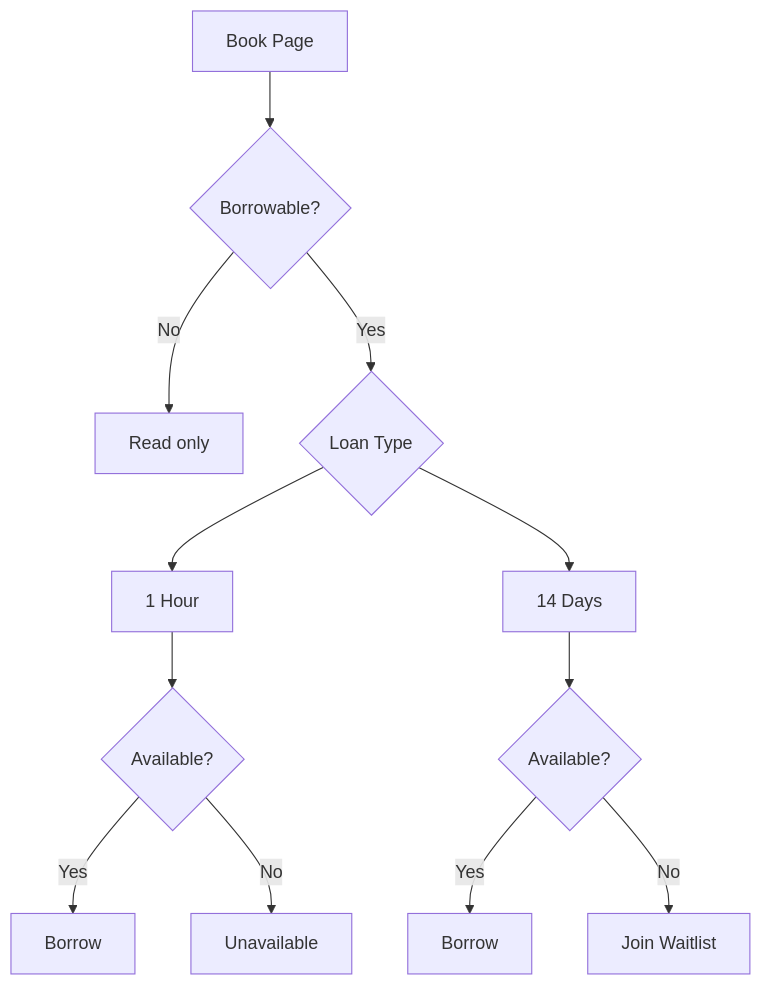
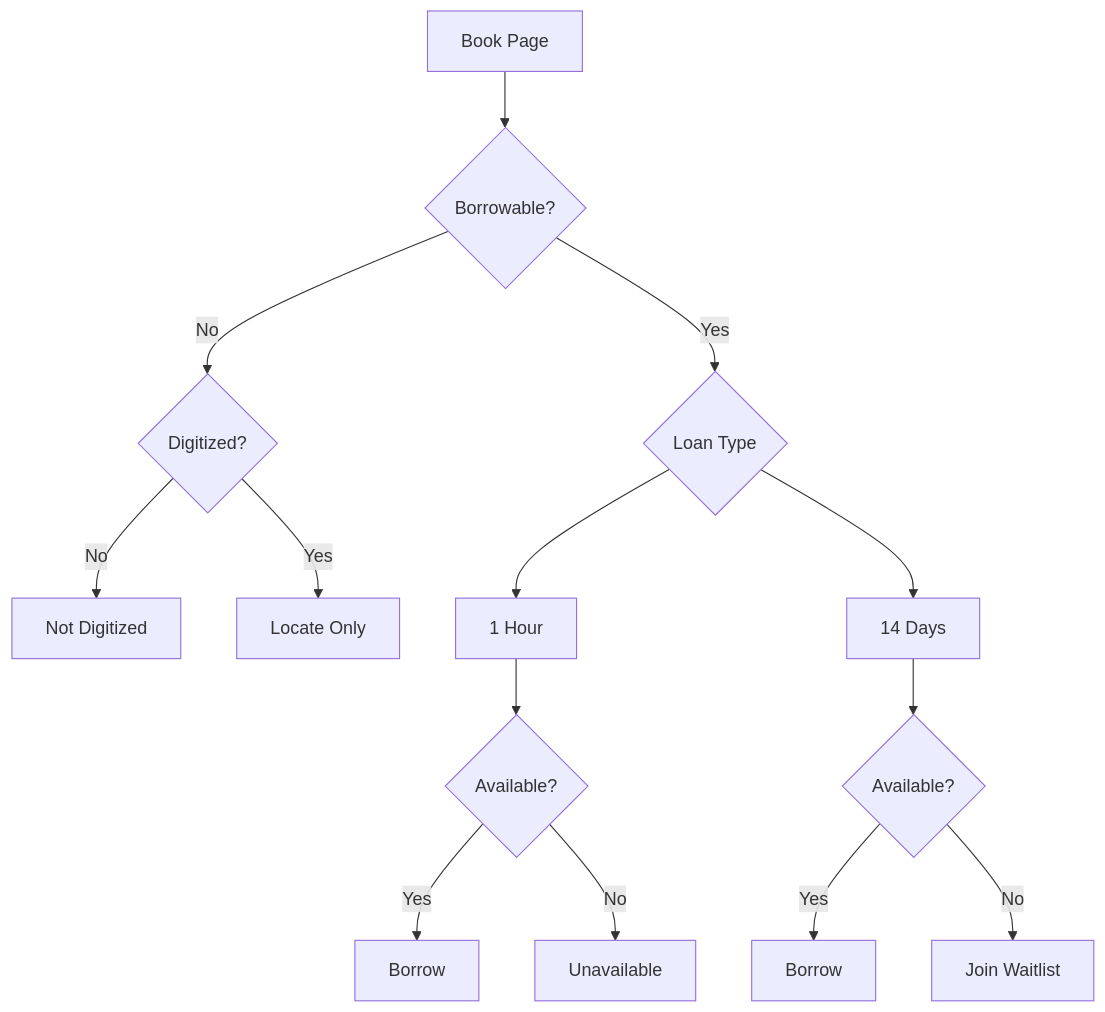
Before and after one commit to lila-papazian/openlibrary-borrowing-experience: the second of 2 diagrams in docs/01-research/research.md, drawn with Mermaid. The commit also changed other lines of this file and 10 other files, not shown here.

````diff
--- a/docs/01-research/research.md
+++ b/docs/01-research/research.md
@@ -64,27 +67,31 @@
 ```mermaid
 flowchart TD
 
 A[Book Page]
 
 A --> B{Borrowable?}
 
-B -->|No| C[Read only]
+B -->|No| M{Digitized?}
+
+M -->|No| N[Not Digitized]
+
+M -->|Yes| C[Locate Only]
 
 B -->|Yes| D{Loan Type}
 
 D --> E[1 Hour]
 
 D --> F[14 Days]
 
 E --> G{Available?}
 
 F --> H{Available?}
 
 G -->|Yes| I[Borrow]
 
 G -->|No| J[Unavailable]
 
 H -->|Yes| K[Borrow]
 
 H -->|No| L[Join Waitlist]
 ```
````
